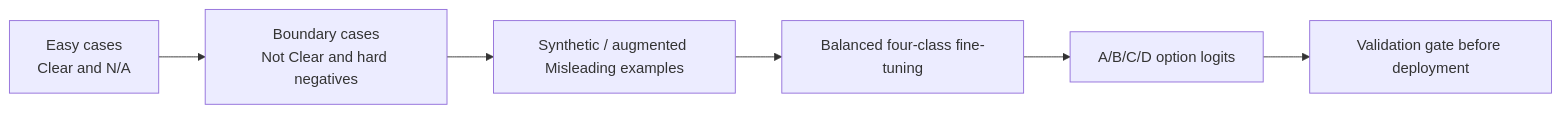
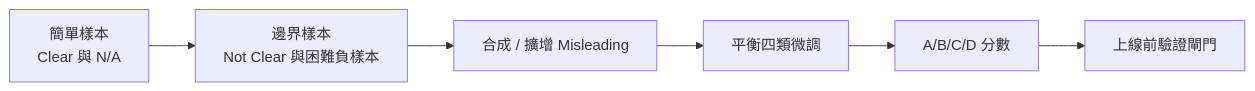
The sixth of 8 diagrams in README.md (Hank0503oUo/veripromise-esg-competition-architecture), drawn with Mermaid before and after one commit. The commit also changed other lines of this file, not shown here.

````diff
--- a/README.md
+++ b/README.md
@@ -363,8 +337,8 @@
 ```mermaid
 flowchart LR
-    easy["Easy cases\nClear and N/A"] --> boundary["Boundary cases\nNot Clear and hard negatives"]
-    boundary --> misleading["Synthetic / augmented Misleading examples"]
-    misleading --> full["Balanced four-class fine-tuning"]
-    full --> logits["A/B/C/D option logits"]
-    logits --> gate["Validation gate before deployment"]
+    easy["簡單樣本\nClear 與 N/A"] --> boundary["邊界樣本\nNot Clear 與困難負樣本"]
+    boundary --> misleading["合成 / 擴增 Misleading"]
+    misleading --> full["平衡四類微調"]
+    full --> logits["A/B/C/D 分數"]
+    logits --> gate["上線前驗證閘門"]
 ```
````
